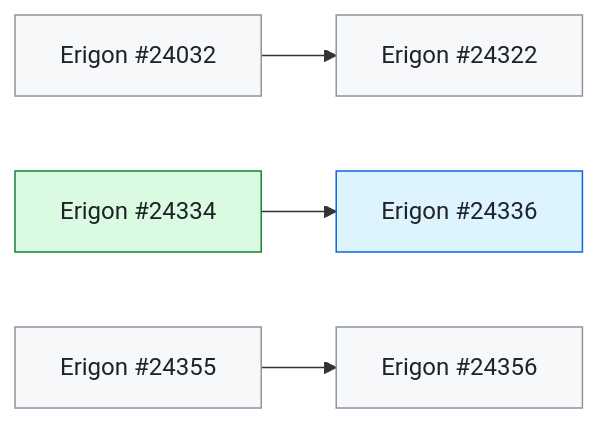
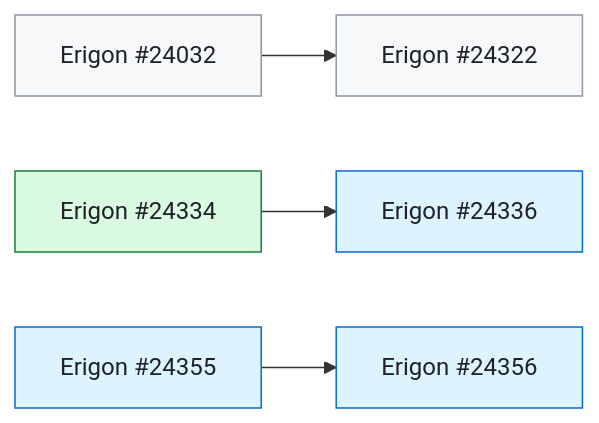
One commit to banteg/trace-interop changed the first of 3 diagrams in docs/client-fixes.md. Above: the diagram before and after it, drawn with Mermaid. The commit also changed other lines of this file and 16 other files, not shown here.

````diff
--- a/docs/client-fixes.md
+++ b/docs/client-fixes.md
@@ -34,15 +34,15 @@
 ```mermaid
 flowchart LR
   Erigon_24322["Erigon #24322"]:::open
   Erigon_24032["Erigon #24032"]:::open
   Erigon_24336["Erigon #24336"]:::merged
   Erigon_24334["Erigon #24334"]:::in_measured_build
-  Erigon_24356["Erigon #24356"]:::open
-  Erigon_24355["Erigon #24355"]:::open
+  Erigon_24356["Erigon #24356"]:::merged
+  Erigon_24355["Erigon #24355"]:::merged
   Erigon_24032 --> Erigon_24322
   Erigon_24334 --> Erigon_24336
   Erigon_24355 --> Erigon_24356
   classDef open fill:#f6f8fa,stroke:#8c959f,color:#1f2328
   classDef merged fill:#ddf4ff,stroke:#0969da,color:#1f2328
   classDef in_measured_build fill:#dafbe1,stroke:#1a7f37,color:#1f2328
 ```
````
